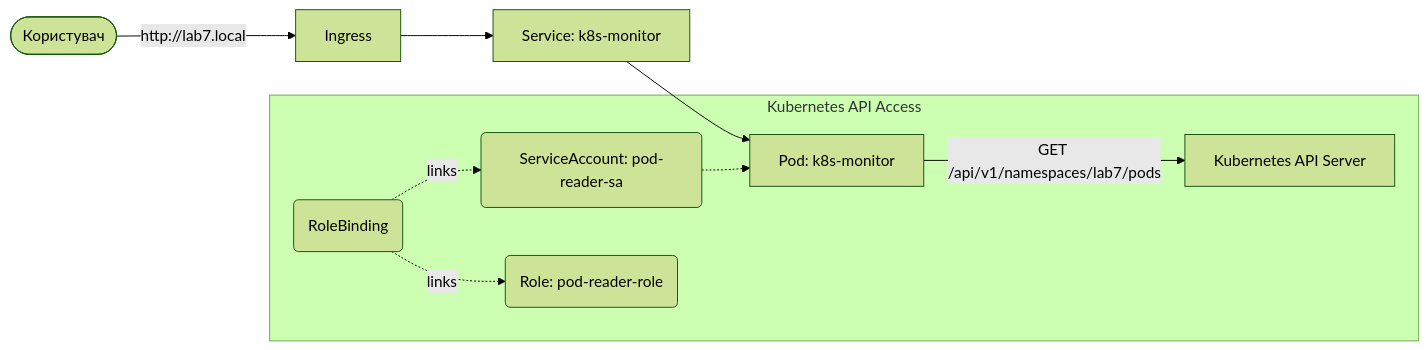
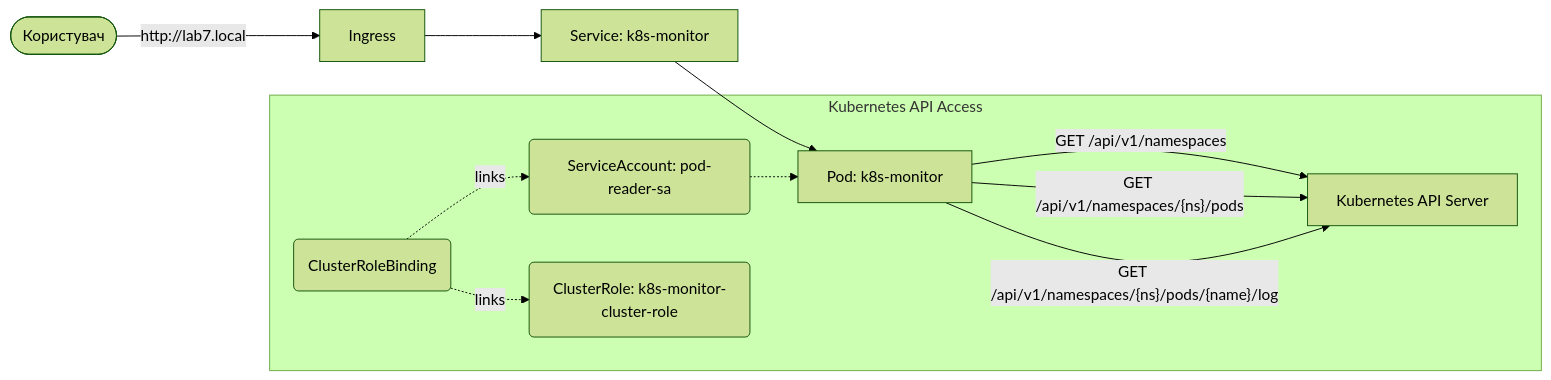
One commit to lisnayk/kubernetes-basics changed the diagram in labs/lab7/Readme.md. Above: the diagram before and after it, drawn with Mermaid (forest theme). The commit also changed other lines of this file and 41 other files, not shown here.

Commit message:
Remove Lab 7 materials: monitor-app Kubernetes YAMLs and outdated Readme content

````diff
--- a/labs/lab7/Readme.md
+++ b/labs/lab7/Readme.md
@@ -25,13 +105,15 @@
 ```mermaid
 graph LR
     User([Користувач]) -- "http://lab7.local" --> Ingress
     Ingress --> Svc[Service: k8s-monitor]
     Svc --> Pod[Pod: k8s-monitor]
     
     subgraph "Kubernetes API Access"
-        Pod -- "GET /api/v1/namespaces/lab7/pods" --> K8sAPI[Kubernetes API Server]
+        Pod -- "GET /api/v1/namespaces" --> K8sAPI[Kubernetes API Server]
+        Pod -- "GET /api/v1/namespaces/{ns}/pods" --> K8sAPI
+        Pod -- "GET /api/v1/namespaces/{ns}/pods/{name}/log" --> K8sAPI
         SA(ServiceAccount: pod-reader-sa) -.-> Pod
-        RB(RoleBinding) -. links .-> SA
-        RB -. links .-> Role(Role: pod-reader-role)
+        RB(ClusterRoleBinding) -. links .-> SA
+        RB -. links .-> Role(ClusterRole: k8s-monitor-cluster-role)
     end
 ```
````
